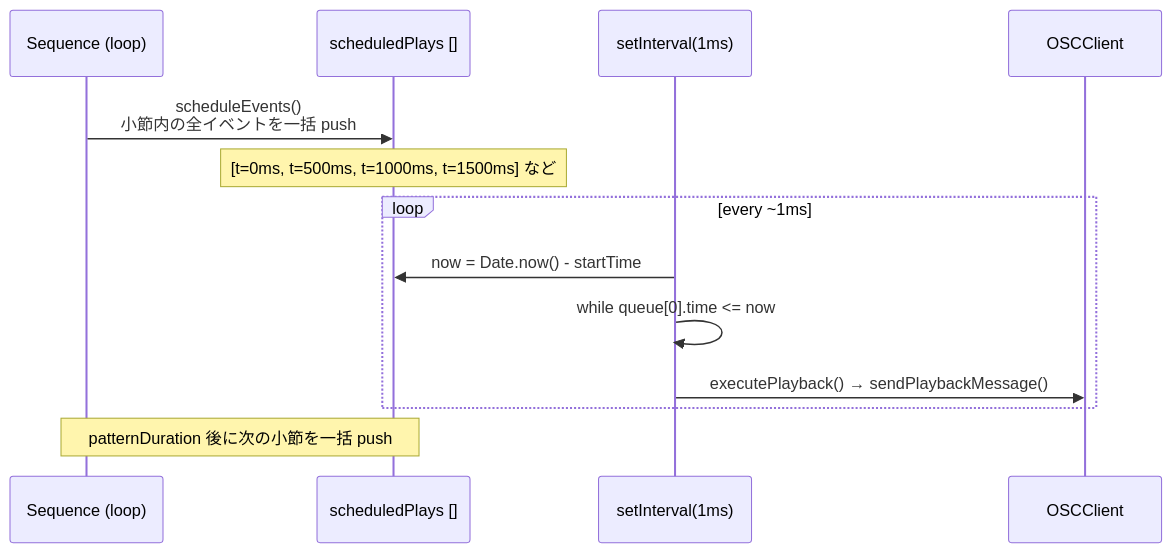
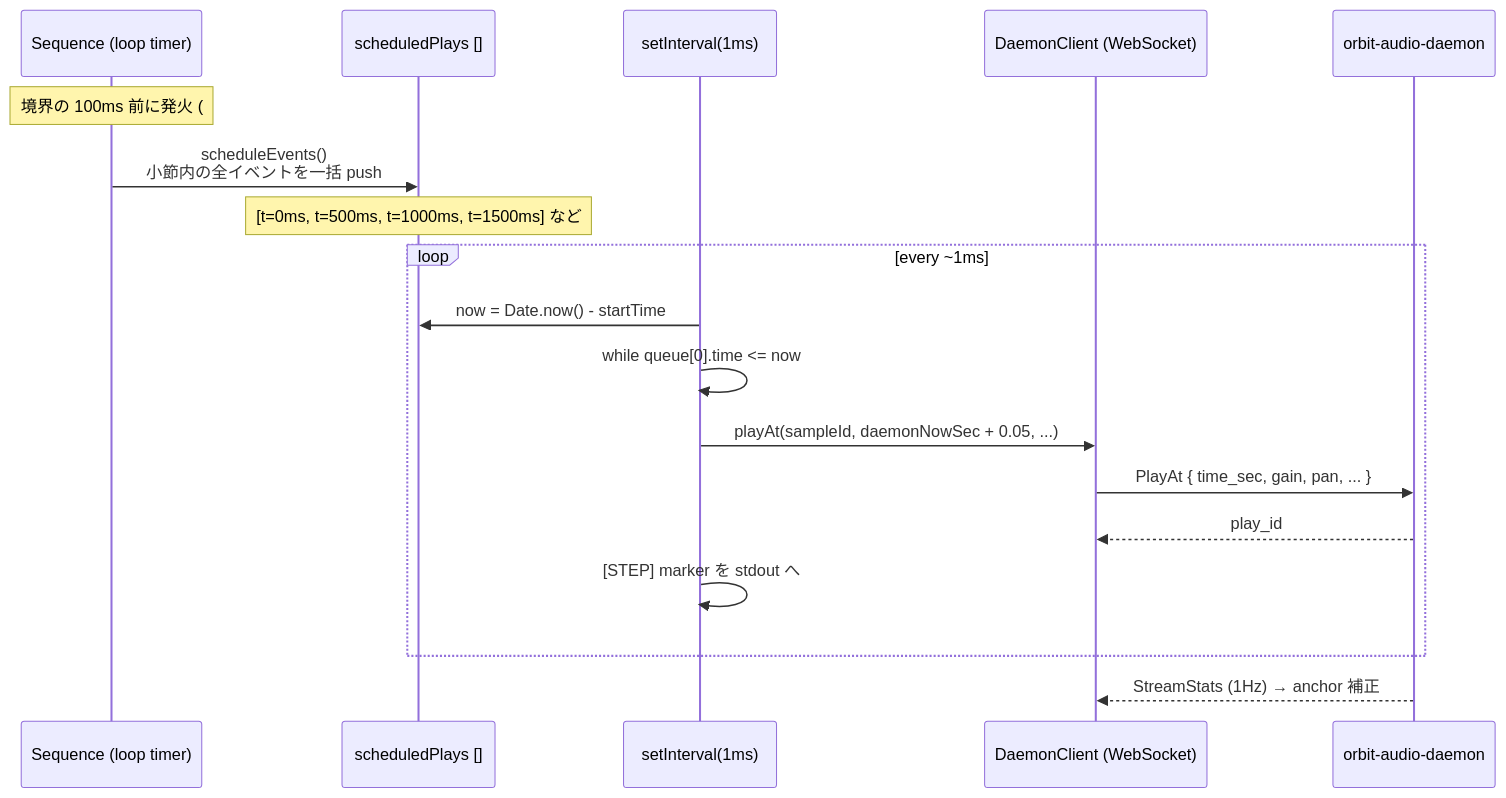
Before and after one commit to signalcompose/orbitscore: the second of 4 diagrams in sites/dev/scheduling/event-queue.md, drawn with Mermaid. The commit also changed other lines of this file and 8 other files, not shown here.

````diff
--- a/sites/dev/scheduling/event-queue.md
+++ b/sites/dev/scheduling/event-queue.md
@@ -146,18 +305,23 @@
 ```mermaid
 sequenceDiagram
-  participant SEQ as Sequence (loop)
+  participant SEQ as Sequence (loop timer)
   participant QUEUE as scheduledPlays []
   participant POLL as setInterval(1ms)
-  participant OSC as OSCClient
+  participant DC as DaemonClient (WebSocket)
+  participant D as orbit-audio-daemon
 
+  Note over SEQ: 境界の 100ms 前に発火 (#389)
   SEQ->>QUEUE: scheduleEvents()<br/>小節内の全イベントを一括 push
   Note over QUEUE: [t=0ms, t=500ms, t=1000ms, t=1500ms] など
 
   loop every ~1ms
     POLL->>QUEUE: now = Date.now() - startTime
     POLL->>POLL: while queue[0].time <= now
-    POLL->>OSC: executePlayback() → sendPlaybackMessage()
+    POLL->>DC: playAt(sampleId, daemonNowSec + 0.05, ...)
+    DC->>D: PlayAt { time_sec, gain, pan, ... }
+    D-->>DC: play_id
+    POLL->>POLL: [STEP] marker を stdout へ
   end
 
-  Note over SEQ,QUEUE: patternDuration 後に次の小節を一括 push
+  D-->>DC: StreamStats (1Hz) → anchor 補正
 ```
````
